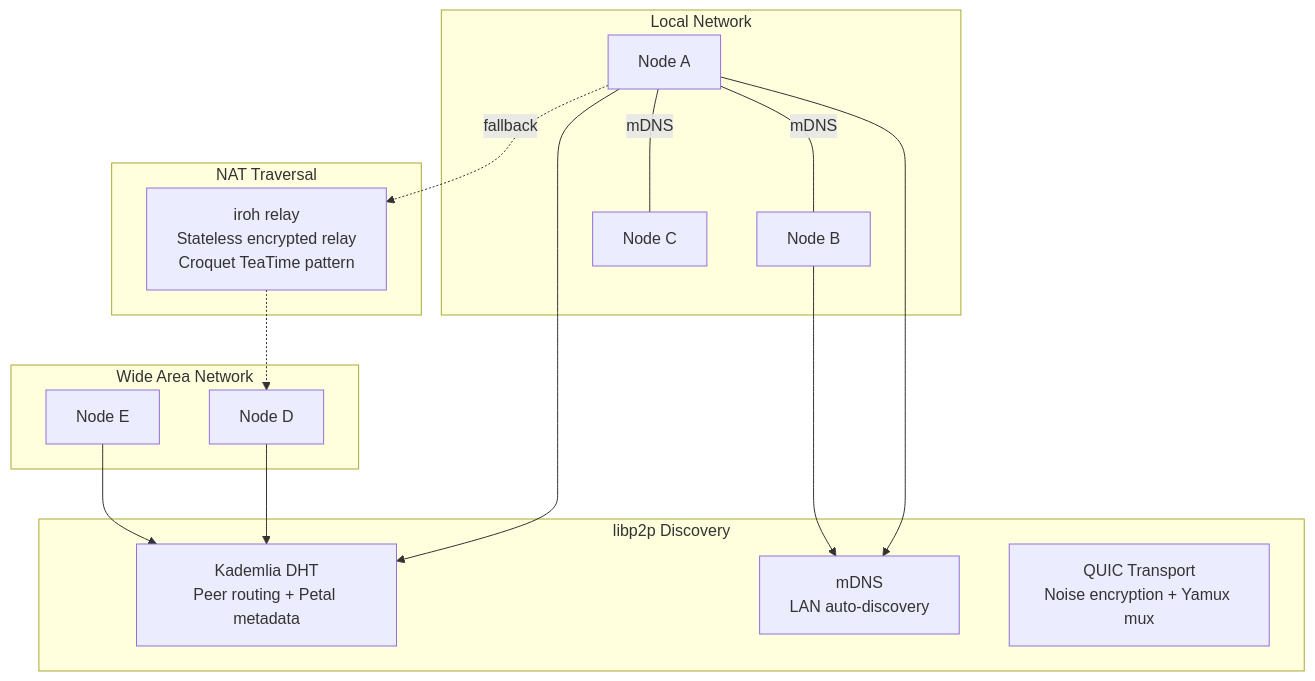
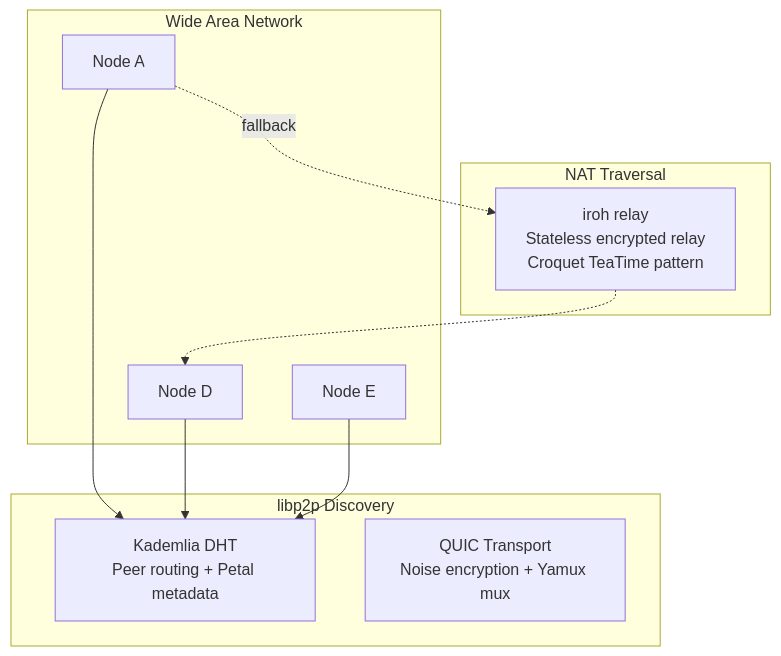
The first of 3 diagrams in docs/diagrams/06-network-topology.md (Escherbridge/fractalengine), drawn with Mermaid before and after one commit. The commit also changed 4 other files, not shown here.

First line of the commit message:
docs(diagrams): redraw system, network and sync diagrams to the seven-thread topology

````diff
--- a/docs/diagrams/06-network-topology.md
+++ b/docs/diagrams/06-network-topology.md
@@ -5,31 +7,23 @@
 ```mermaid
 graph TB
-    subgraph LAN["Local Network"]
-        Node_A[Node A] ---|mDNS| Node_B[Node B]
-        Node_A ---|mDNS| Node_C[Node C]
-    end
-
     subgraph WAN["Wide Area Network"]
+        Node_A[Node A]
         Node_D[Node D]
         Node_E[Node E]
     end
 
     subgraph Discovery["libp2p Discovery"]
         DHT[Kademlia DHT<br/>Peer routing + Petal metadata]
-        MDNS[mDNS<br/>LAN auto-discovery]
         QUIC[QUIC Transport<br/>Noise encryption + Yamux mux]
     end
 
     Node_A --> DHT
     Node_D --> DHT
     Node_E --> DHT
 
-    Node_A --> MDNS
-    Node_B --> MDNS
-
     subgraph Relay["NAT Traversal"]
         IrohRelay[iroh relay<br/>Stateless encrypted relay<br/>Croquet TeaTime pattern]
     end
 
     Node_A -.->|fallback| IrohRelay -.-> Node_D
 ```
````
